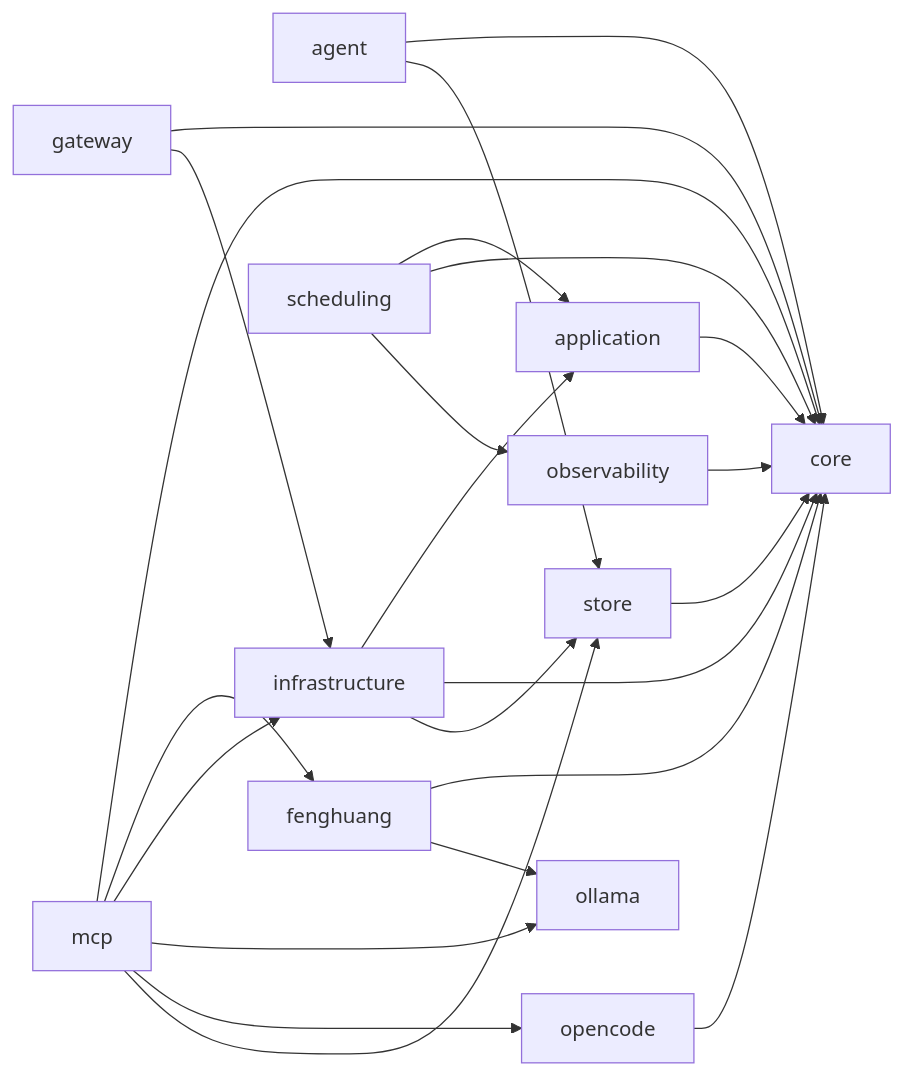
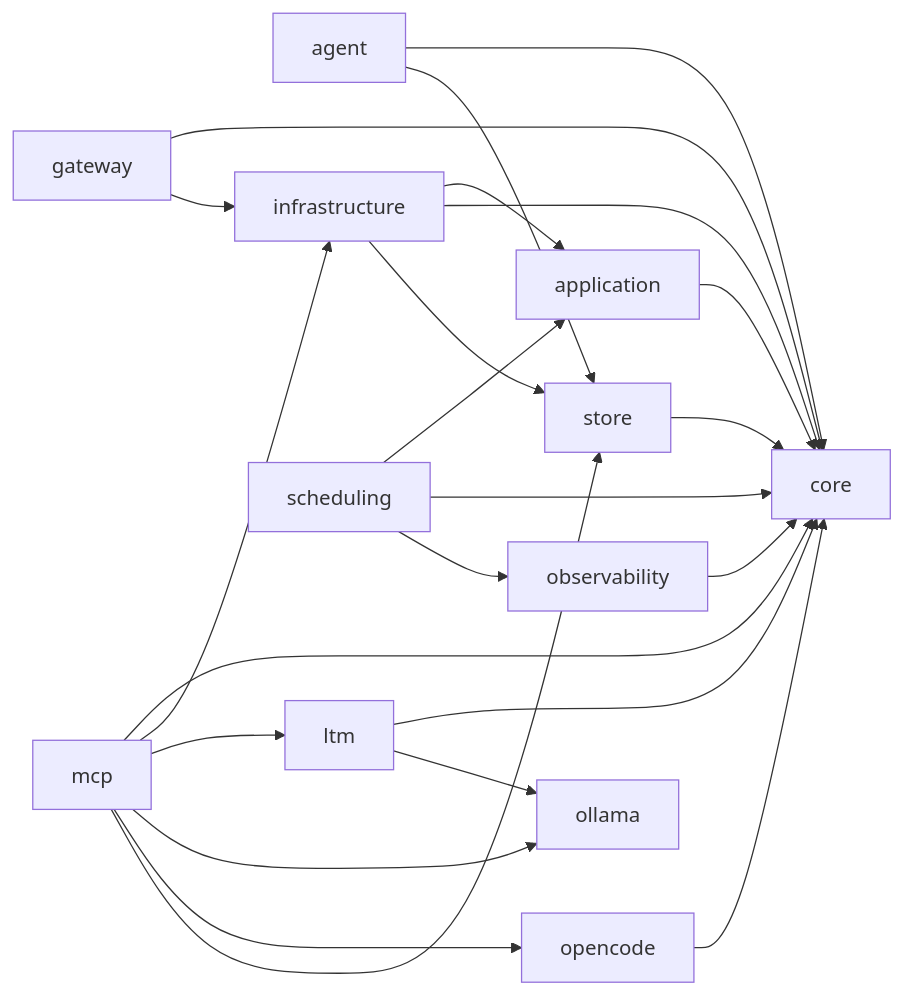
Before and after one commit to OJII3/vicissitude: the diagram in docs/DEPS.md, drawn with Mermaid. The commit also changed other lines of this file and 53 other files, not shown here.

First line of the commit message:
refactor: integrate fenghuang LTM package into src/ltm/

````diff
--- a/docs/DEPS.md
+++ b/docs/DEPS.md
@@ -7,27 +7,27 @@
 ```mermaid
 graph LR
   agent --> core
   agent --> store
   application --> core
   core
-  fenghuang --> core
-  fenghuang --> ollama
   gateway --> core
   gateway --> infrastructure
   infrastructure --> application
   infrastructure --> core
   infrastructure --> store
+  ltm --> core
+  ltm --> ollama
   mcp --> core
-  mcp --> fenghuang
   mcp --> infrastructure
+  mcp --> ltm
   mcp --> ollama
   mcp --> opencode
   mcp --> store
   observability --> core
   ollama
   opencode --> core
   scheduling --> application
   scheduling --> core
   scheduling --> observability
   store --> core
 ```
````
